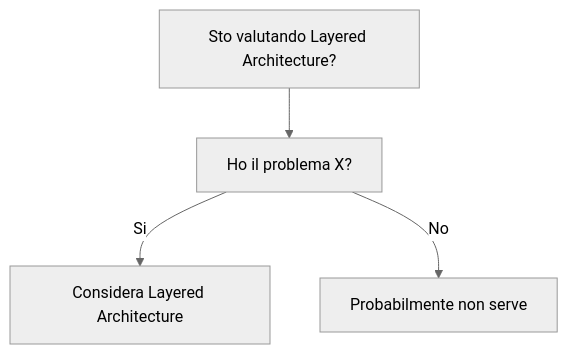
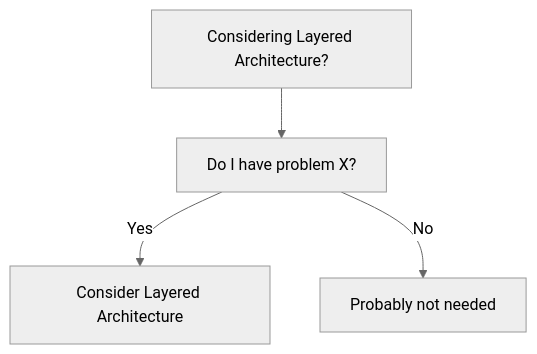
The diagram in dev-wiki/02_Architecture/Layered_Architecture/When_To_Use.md (HxT9/Software-Dev-Wiki), drawn with Mermaid (neutral theme) before and after one commit. The commit also changed other lines of this file and 3444 other files, not shown here.

````diff
--- a/dev-wiki/02_Architecture/Layered_Architecture/When_To_Use.md
+++ b/dev-wiki/02_Architecture/Layered_Architecture/When_To_Use.md
@@ -19,6 +19,6 @@
 ```mermaid
 flowchart TD
-  Q[Sto valutando Layered Architecture?] --> Q1[Ho il problema X?]
-  Q1 -->|Si| OK[Considera Layered Architecture]
-  Q1 -->|No| NO[Probabilmente non serve]
+  Q[Considering Layered Architecture?] --> Q1[Do I have problem X?]
+  Q1 -->|Yes| OK[Consider Layered Architecture]
+  Q1 -->|No| NO[Probably not needed]
 ```
````
